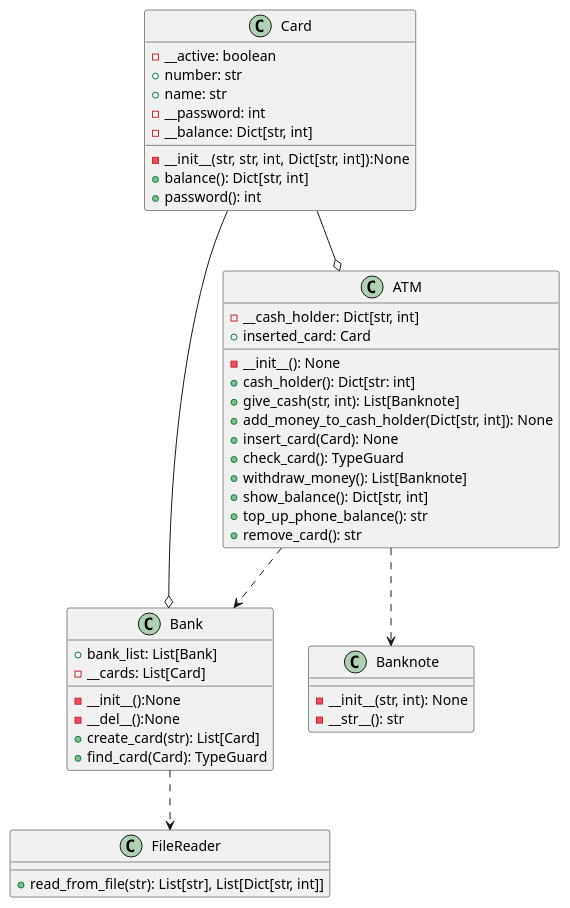
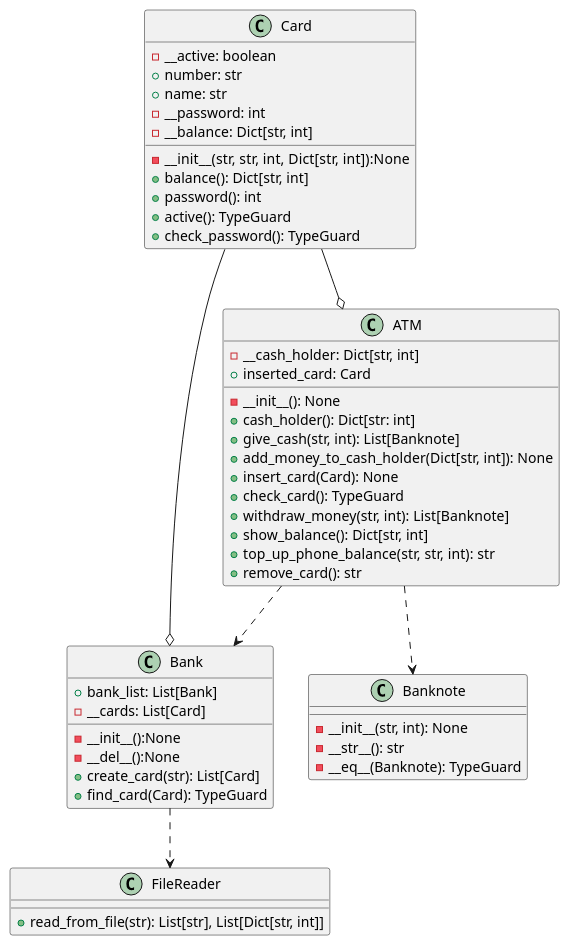
Before and after one commit to anadeg/ISPP: the diagram in 1/plantuml/classes_dia.puml, drawn with PlantUML. The commit also changed 1 other file, not shown here.

Commit message:
fix classes diagram

```diff
--- a/1/plantuml/classes_dia.puml
+++ b/1/plantuml/classes_dia.puml
@@ -1,58 +1,61 @@
 @startuml
 'https://plantuml.com/class-diagram
 
 class ATM
 {
 -__cash_holder: Dict[str, int]
 +inserted_card: Card
 -__init__(): None
 +cash_holder(): Dict[str: int]
 +give_cash(str, int): List[Banknote]
 +add_money_to_cash_holder(Dict[str, int]): None
 +insert_card(Card): None
 +check_card(): TypeGuard
-+withdraw_money(): List[Banknote]
++withdraw_money(str, int): List[Banknote]
 +show_balance(): Dict[str, int]
-+top_up_phone_balance(): str
++top_up_phone_balance(str, str, int): str
 +remove_card(): str
 }
 class Bank
 {
 +bank_list: List[Bank]
 -__cards: List[Card]
 -__init__():None
 -__del__():None
 +create_card(str): List[Card]
 +find_card(Card): TypeGuard
 }
 class Banknote
 {
 -__init__(str, int): None
 -__str__(): str
+-__eq__(Banknote): TypeGuard
 }
 class Card
 {
 -__active: boolean
 +number: str
 +name: str
 -__password: int
 -__balance: Dict[str, int]
 -__init__(str, str, int, Dict[str, int]):None
 +balance(): Dict[str, int]
 +password(): int
++active(): TypeGuard
++check_password(): TypeGuard
 }
 class FileReader
 {
 +read_from_file(str): List[str], List[Dict[str, int]]
 }
 
 ATM ..> Banknote
 ATM ..> Bank
 
 Card --o ATM
 Card --o Bank
 
 Bank ..> FileReader
 
 
 @enduml
```
